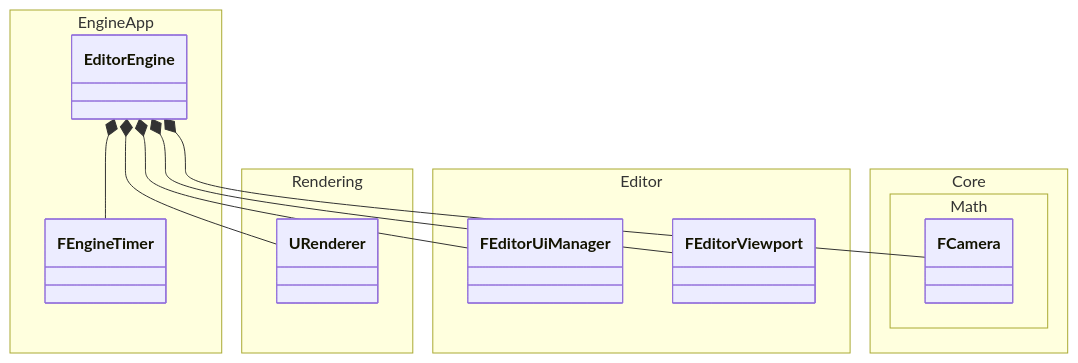
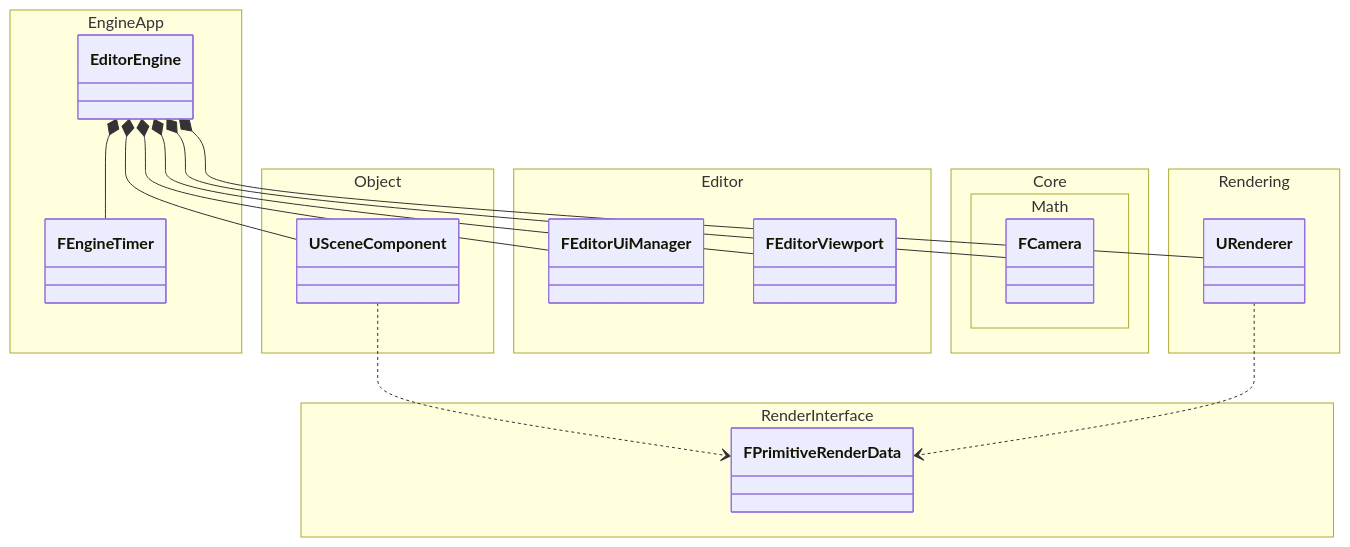
One commit to ksang9609/jingle-engine changed the diagram in docs/apps/EngineApp/EditorEngineDiagram.md. Above: the diagram before and after it, drawn with Mermaid. The commit also changed 2 other files, not shown here.

Commit message:
feat: Make editor engine own scene components

````diff
--- a/docs/apps/EngineApp/EditorEngineDiagram.md
+++ b/docs/apps/EngineApp/EditorEngineDiagram.md
@@ -3,28 +3,40 @@
 ```mermaid
 classDiagram
 
 namespace EngineApp {
 	class EditorEngine
 	class FEngineTimer
 }
 
 namespace Rendering {
 	class URenderer
 }
 
 namespace Editor {
 	class FEditorUiManager
 	class FEditorViewport
 }
 
 namespace Core.Math {
 	class FCamera
 }
 
+namespace Object {
+	class USceneComponent
+}
+
+namespace RenderInterface {
+	class FPrimitiveRenderData
+}
+
 EditorEngine *-- FEngineTimer
 EditorEngine *-- URenderer
 EditorEngine *-- FEditorUiManager
 EditorEngine *-- FEditorViewport
 EditorEngine *-- FCamera
+EditorEngine *-- USceneComponent
+
+USceneComponent ..> FPrimitiveRenderData
+URenderer ..> FPrimitiveRenderData
 
 ```
````
